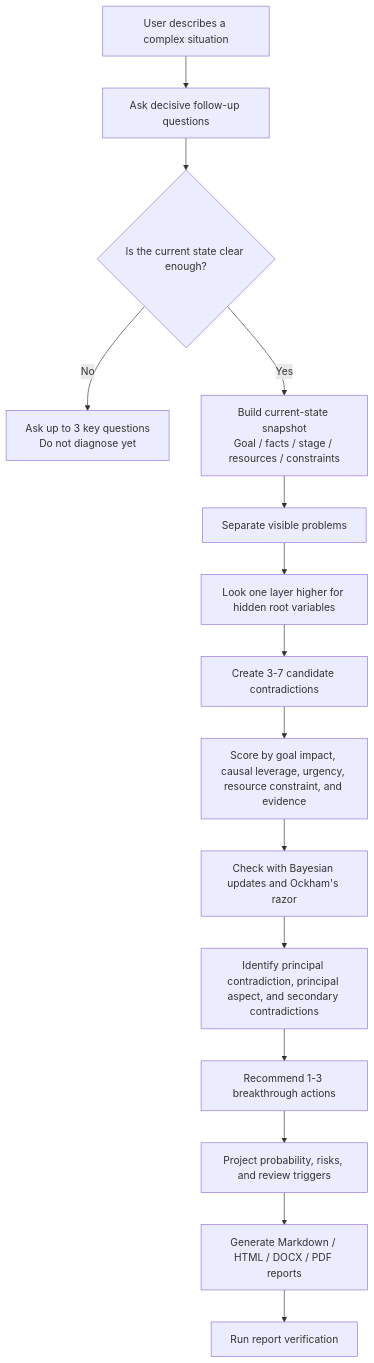
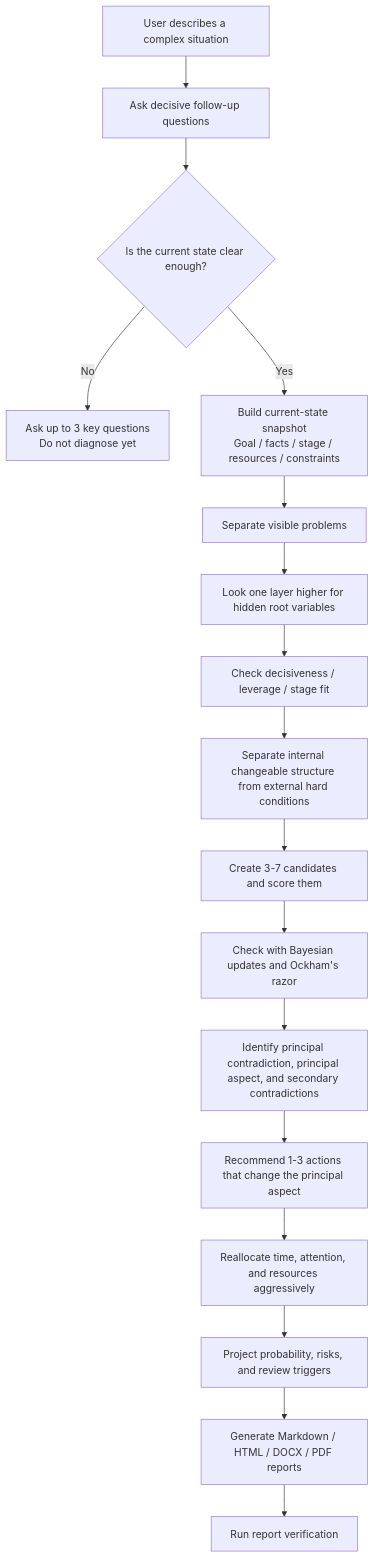
Before and after one commit to Nanyisong/yao-open-skills: the diagram in skills/yao-crux-skill/README.en.md, drawn with Mermaid. The commit also changed other lines of this file and 35 other files, not shown here.

````diff
--- a/skills/yao-crux-skill/README.en.md
+++ b/skills/yao-crux-skill/README.en.md
@@ -35,17 +36,19 @@
 ```mermaid
 flowchart TD
     A["User describes a complex situation"] --> B["Ask decisive follow-up questions"]
     B --> C{"Is the current state clear enough?"}
     C -- "No" --> D["Ask up to 3 key questions<br/>Do not diagnose yet"]
     C -- "Yes" --> E["Build current-state snapshot<br/>Goal / facts / stage / resources / constraints"]
     E --> F["Separate visible problems"]
     F --> G["Look one layer higher for hidden root variables"]
-    G --> H["Create 3-7 candidate contradictions"]
-    H --> I["Score by goal impact, causal leverage, urgency, resource constraint, and evidence"]
-    I --> J["Check with Bayesian updates and Ockham's razor"]
-    J --> K["Identify principal contradiction, principal aspect, and secondary contradictions"]
-    K --> L["Recommend 1-3 breakthrough actions"]
-    L --> M["Project probability, risks, and review triggers"]
-    M --> N["Generate Markdown / HTML / DOCX / PDF reports"]
+    G --> H["Check decisiveness / leverage / stage fit"]
+    H --> I["Separate internal changeable structure from external hard conditions"]
+    I --> J["Create 3-7 candidates and score them"]
+    J --> K["Check with Bayesian updates and Ockham's razor"]
+    K --> L["Identify principal contradiction, principal aspect, and secondary contradictions"]
+    L --> M["Recommend 1-3 actions that change the principal aspect"]
+    M --> P["Reallocate time, attention, and resources aggressively"]
+    P --> Q["Project probability, risks, and review triggers"]
+    Q --> N["Generate Markdown / HTML / DOCX / PDF reports"]
     N --> O["Run report verification"]
 ```
````
